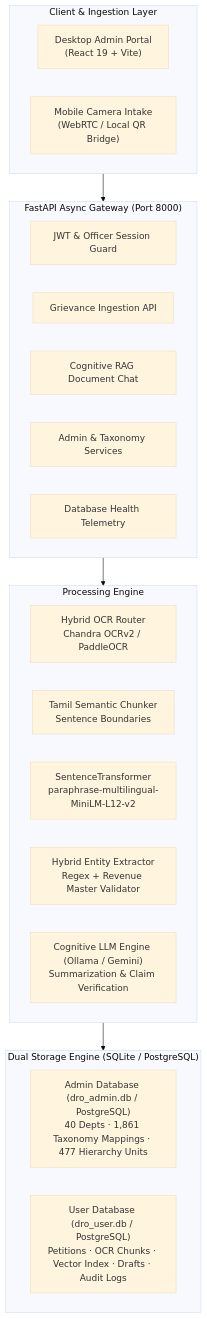
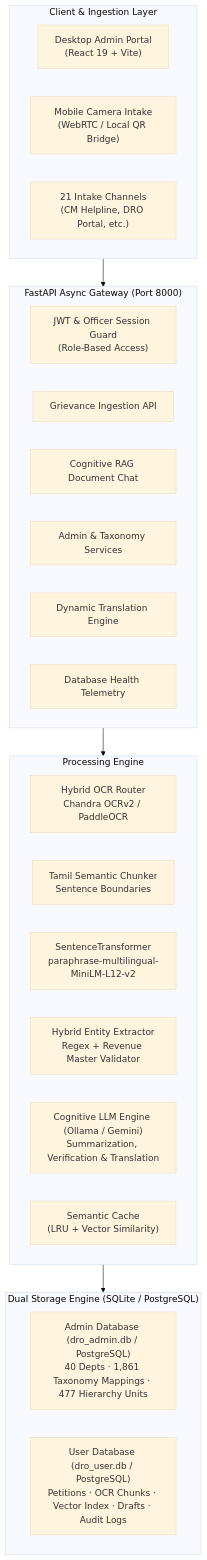
Before and after one commit to MUKESH-WORK/smart-petition-ocr: the diagram in README.md, drawn with Mermaid (base theme). The commit also changed other lines of this file and 9 other files, not shown here.

````diff
--- a/README.md
+++ b/README.md
@@ -90,32 +103,35 @@
 ```mermaid
 flowchart TB
     subgraph ClientLayer ["Client & Ingestion Layer"]
         Desktop["Desktop Admin Portal\n(React 19 + Vite)"]
         Mobile["Mobile Camera Intake\n(WebRTC / Local QR Bridge)"]
+        Channels["21 Intake Channels\n(CM Helpline, DRO Portal, etc.)"]
     end
 
     subgraph APILayer ["FastAPI Async Gateway (Port 8000)"]
-        Auth["JWT & Officer Session Guard"]
+        Auth["JWT & Officer Session Guard\n(Role-Based Access)"]
         Upload["Grievance Ingestion API"]
         RAGChat["Cognitive RAG Document Chat"]
         AdminAPI["Admin & Taxonomy Services"]
+        TranslateAPI["Dynamic Translation Engine"]
         Telemetry["Database Health Telemetry"]
     end
 
     subgraph ProcessingPipeline ["Processing Engine"]
         OCR["Hybrid OCR Router\nChandra OCRv2 / PaddleOCR"]
         Chunker["Tamil Semantic Chunker\nSentence Boundaries"]
         Embedder["SentenceTransformer\nparaphrase-multilingual-MiniLM-L12-v2"]
         NER["Hybrid Entity Extractor\nRegex + Revenue Master Validator"]
-        LLM["Cognitive LLM Engine (Ollama / Gemini)\nSummarization & Claim Verification"]
+        LLM["Cognitive LLM Engine (Ollama / Gemini)\nSummarization, Verification & Translation"]
+        Cache["Semantic Cache\n(LRU + Vector Similarity)"]
     end
 
     subgraph StorageLayer ["Dual Storage Engine (SQLite / PostgreSQL)"]
         AdminDB["Admin Database (dro_admin.db / PostgreSQL)\n40 Depts · 1,861 Taxonomy Mappings · 477 Hierarchy Units"]
         UserDB["User Database (dro_user.db / PostgreSQL)\nPetitions · OCR Chunks · Vector Index · Drafts · Audit Logs"]
     end
 
     ClientLayer --> APILayer
     APILayer --> ProcessingPipeline
     ProcessingPipeline --> StorageLayer
 ```
````
